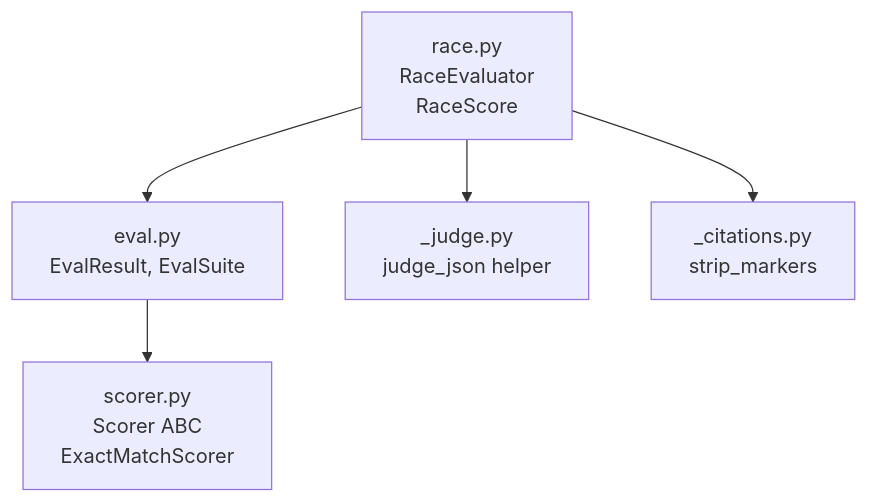
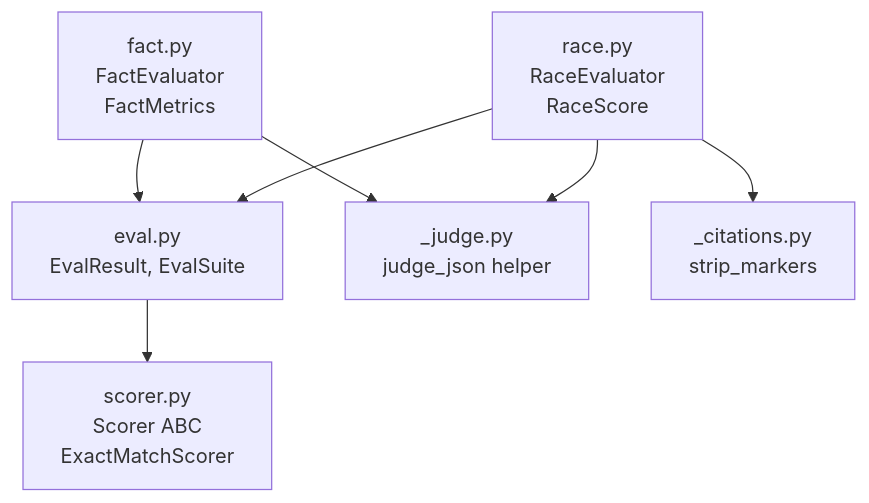
Before and after one commit to Cognitivemesh/pyarnes: the first of 3 diagrams in docs/maintainer/packages/bench.md, drawn with Mermaid. The commit also changed other lines of this file and 11 other files, not shown here.

````diff
--- a/docs/maintainer/packages/bench.md
+++ b/docs/maintainer/packages/bench.md
@@ -14,13 +14,16 @@
 ```mermaid
 graph TB
     Eval[eval.py<br/>EvalResult, EvalSuite]
     Scorer[scorer.py<br/>Scorer ABC<br/>ExactMatchScorer]
     Race[race.py<br/>RaceEvaluator<br/>RaceScore]
+    Fact[fact.py<br/>FactEvaluator<br/>FactMetrics]
     Judge[_judge.py<br/>judge_json helper]
     Cits[_citations.py<br/>strip_markers]
 
     Eval --> Scorer
     Race --> Judge
     Race --> Cits
     Race --> Eval
+    Fact --> Judge
+    Fact --> Eval
 ```
````
